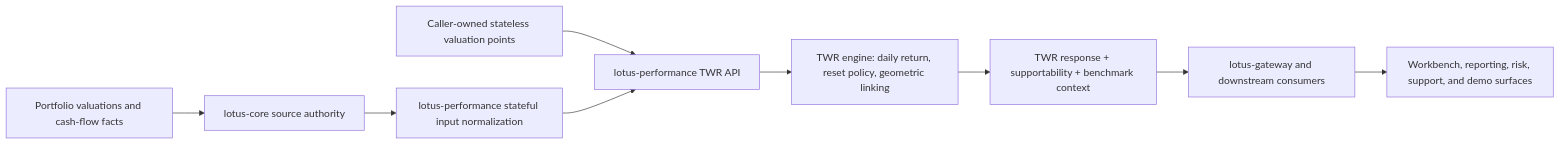
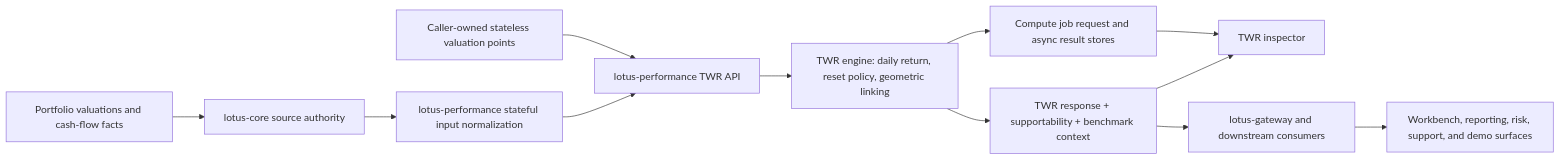
Before and after one commit to sgajbi/lotus-performance: the first of 2 diagrams in wiki/Time-Weighted-Return.md, drawn with Mermaid. The commit also changed other lines of this file and 8 other files, not shown here.

````diff
--- a/wiki/Time-Weighted-Return.md
+++ b/wiki/Time-Weighted-Return.md
@@ -50,11 +53,14 @@
 ```mermaid
 flowchart LR
     A[Portfolio valuations and cash-flow facts] --> B[lotus-core source authority]
     B --> C[lotus-performance stateful input normalization]
     D[Caller-owned stateless valuation points] --> E[lotus-performance TWR API]
     C --> E
     E --> F[TWR engine: daily return, reset policy, geometric linking]
     F --> G[TWR response + supportability + benchmark context]
+    F --> K[Compute job request and async result stores]
+    K --> L[TWR inspector]
+    G --> L
     G --> H[lotus-gateway and downstream consumers]
     H --> I[Workbench, reporting, risk, support, and demo surfaces]
 ```
````
